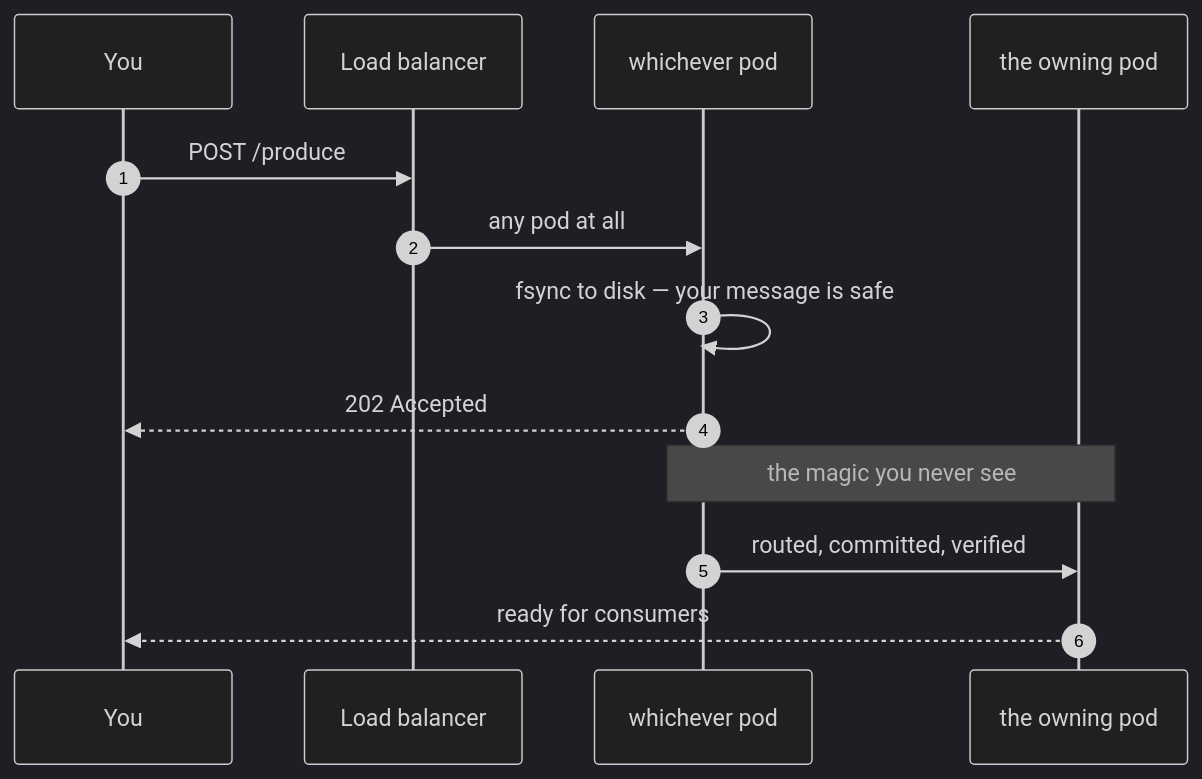
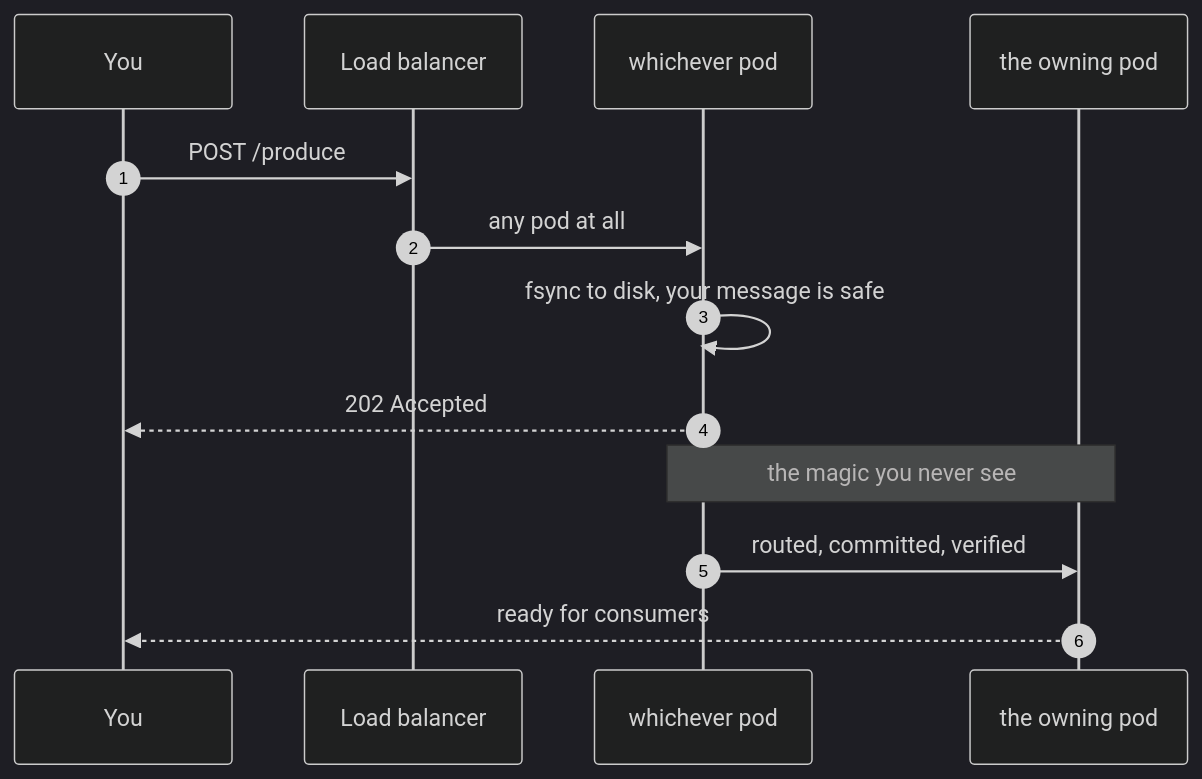
The first of 4 diagrams in docs/index.md (DebanganThakuria/narad), drawn with Mermaid (dark theme) before and after one commit. The commit also changed other lines of this file and 26 other files, not shown here.

````diff
--- a/docs/index.md
+++ b/docs/index.md
@@ -26,15 +26,15 @@
 ```mermaid
 sequenceDiagram
     autonumber
     participant You
     participant LB as Load balancer
     participant P as whichever pod
     participant O as the owning pod
     You->>LB: POST /produce
     LB->>P: any pod at all
-    P->>P: fsync to disk — your message is safe
+    P->>P: fsync to disk, your message is safe
     P-->>You: 202 Accepted
     Note over P,O: the magic you never see
     P->>O: routed, committed, verified
     O-->>You: ready for consumers
 ```
````
